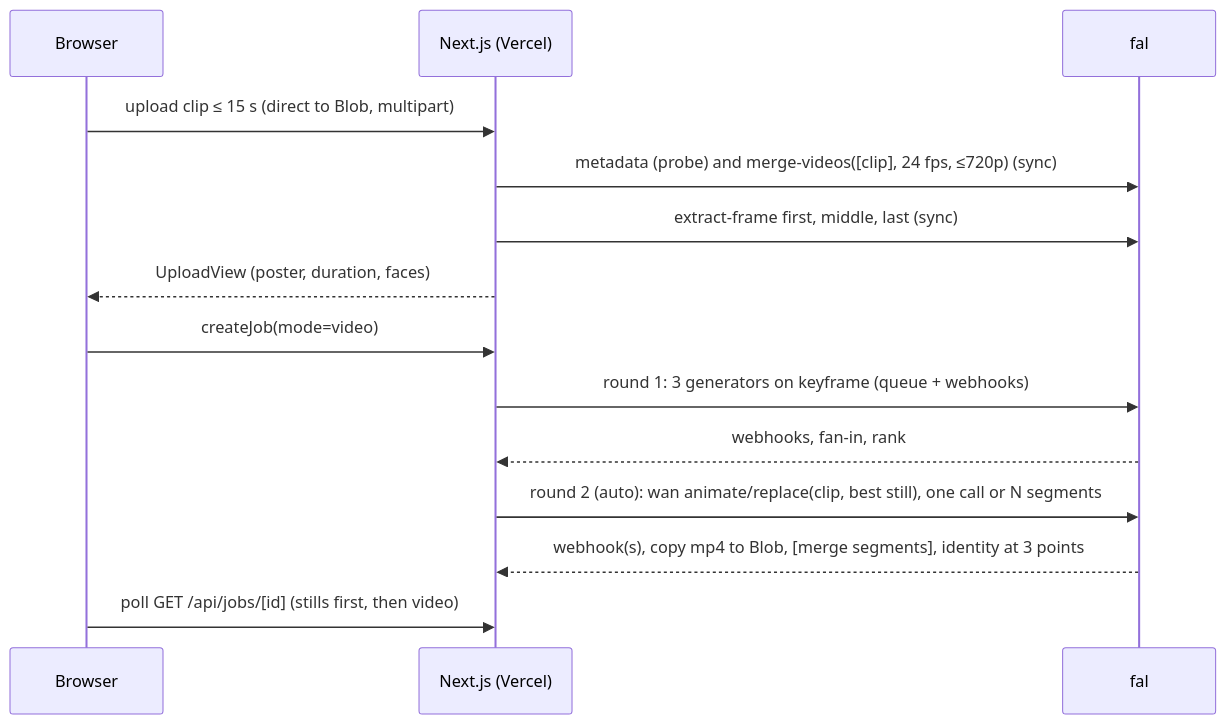
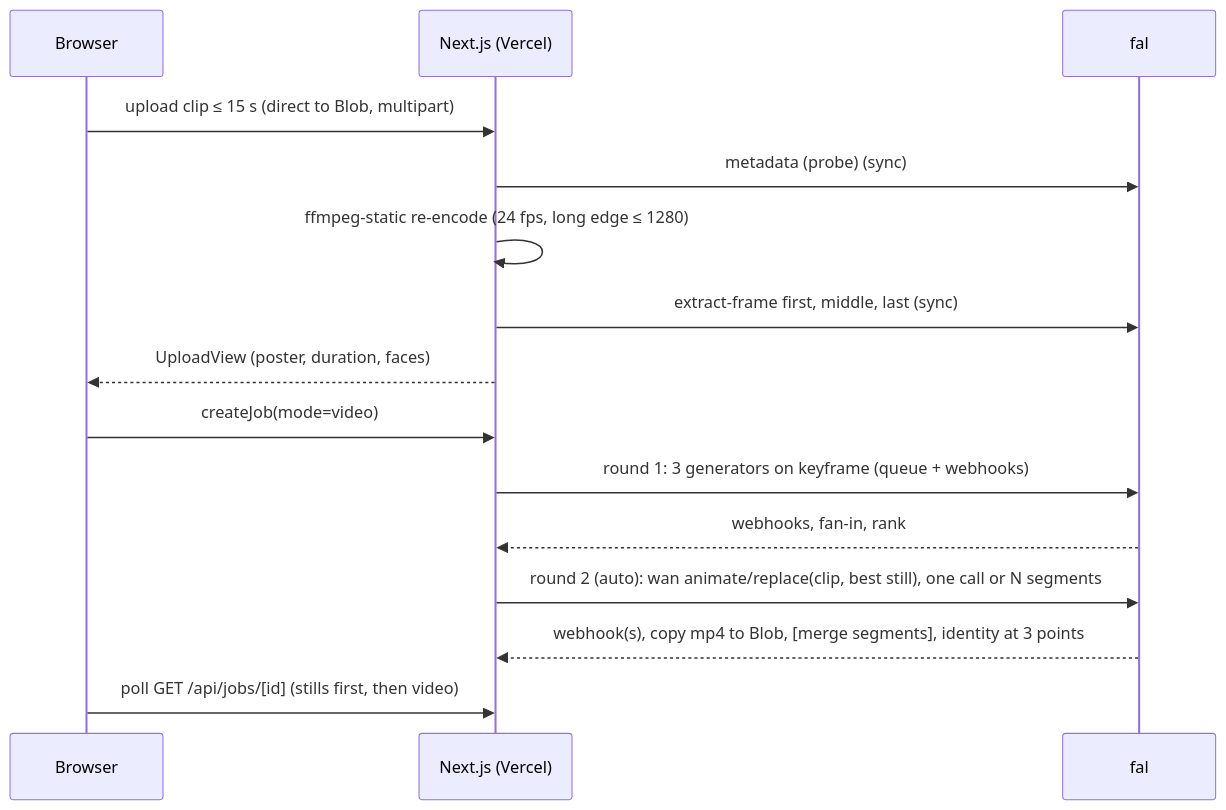
The diagram in docs/decisions/0002-video-swap-architecture.md (stellavoid8/aurify-character-swap-test), drawn with Mermaid before and after one commit. The commit also changed other lines of this file and 9 other files, not shown here.

First line of the commit message:
fix: normalize template clips with ffmpeg-static

````diff
--- a/docs/decisions/0002-video-swap-architecture.md
+++ b/docs/decisions/0002-video-swap-architecture.md
@@ -47,16 +47,17 @@
 ```mermaid
 sequenceDiagram
   participant B as Browser
   participant A as Next.js (Vercel)
   participant F as fal
   B->>A: upload clip ≤ 15 s (direct to Blob, multipart)
-  A->>F: metadata (probe) and merge-videos([clip], 24 fps, ≤720p) (sync)
+  A->>F: metadata (probe) (sync)
+  A->>A: ffmpeg-static re-encode (24 fps, long edge ≤ 1280)
   A->>F: extract-frame first, middle, last (sync)
   A-->>B: UploadView (poster, duration, faces)
   B->>A: createJob(mode=video)
   A->>F: round 1: 3 generators on keyframe (queue + webhooks)
   F-->>A: webhooks, fan-in, rank
   A->>F: round 2 (auto): wan animate/replace(clip, best still), one call or N segments
   F-->>A: webhook(s), copy mp4 to Blob, [merge segments], identity at 3 points
   B->>A: poll GET /api/jobs/[id] (stills first, then video)
 ```
````
